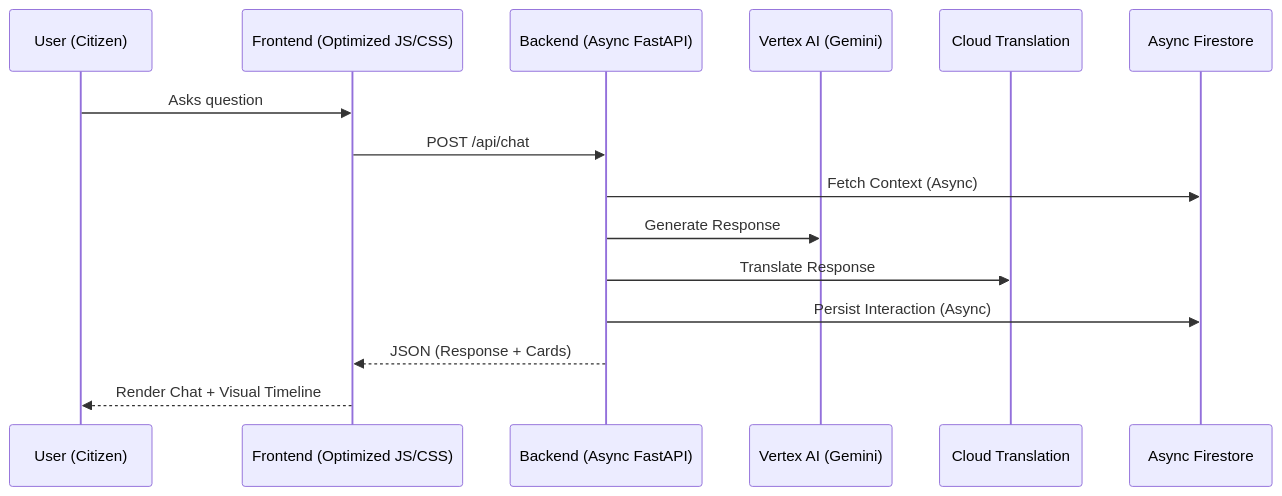
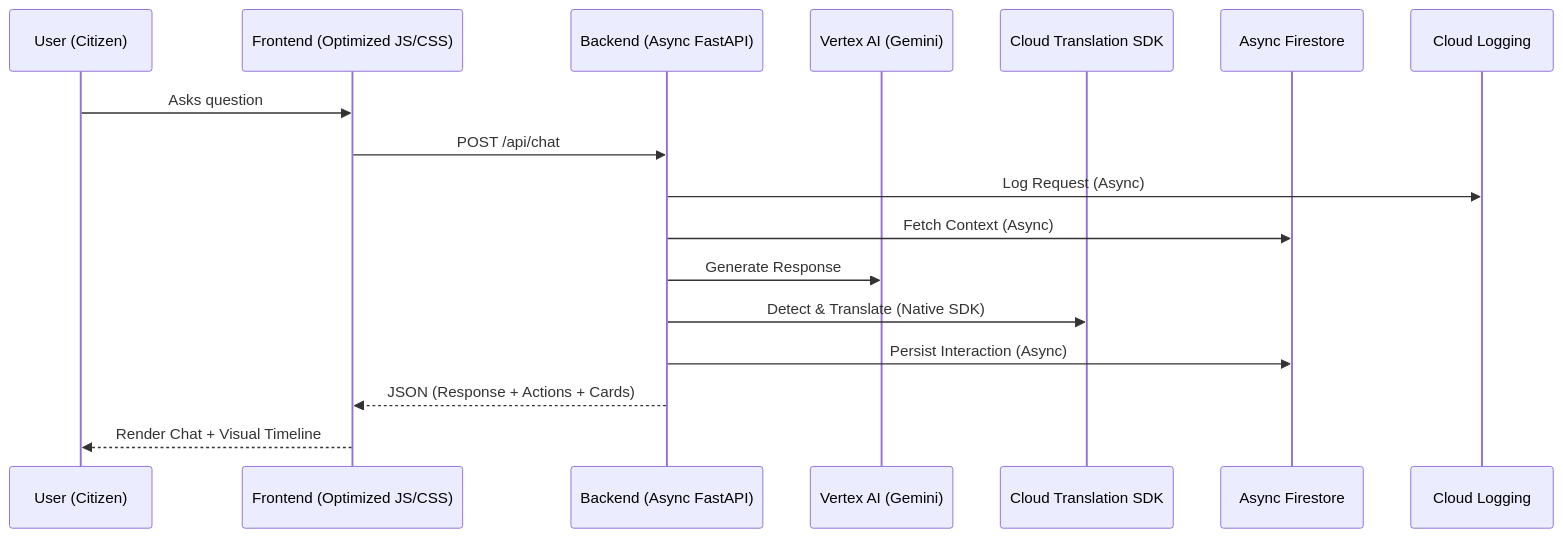
Before and after one commit to Mohitsinghal04/election-navigator-ai: the diagram in README.md, drawn with Mermaid. The commit also changed other lines of this file and 5 other files, not shown here.

````diff
--- a/README.md
+++ b/README.md
@@ -36,18 +36,20 @@
 ```mermaid
 sequenceDiagram
     participant U as User (Citizen)
     participant F as Frontend (Optimized JS/CSS)
     participant B as Backend (Async FastAPI)
     participant V as Vertex AI (Gemini)
-    participant T as Cloud Translation
+    participant T as Cloud Translation SDK
     participant D as Async Firestore
+    participant L as Cloud Logging
 
     U->>F: Asks question
     F->>B: POST /api/chat
+    B->>L: Log Request (Async)
     B->>D: Fetch Context (Async)
     B->>V: Generate Response
-    B->>T: Translate Response
+    B->>T: Detect & Translate (Native SDK)
     B->>D: Persist Interaction (Async)
-    B-->>F: JSON (Response + Cards)
+    B-->>F: JSON (Response + Actions + Cards)
     F-->>U: Render Chat + Visual Timeline
 ```
````
